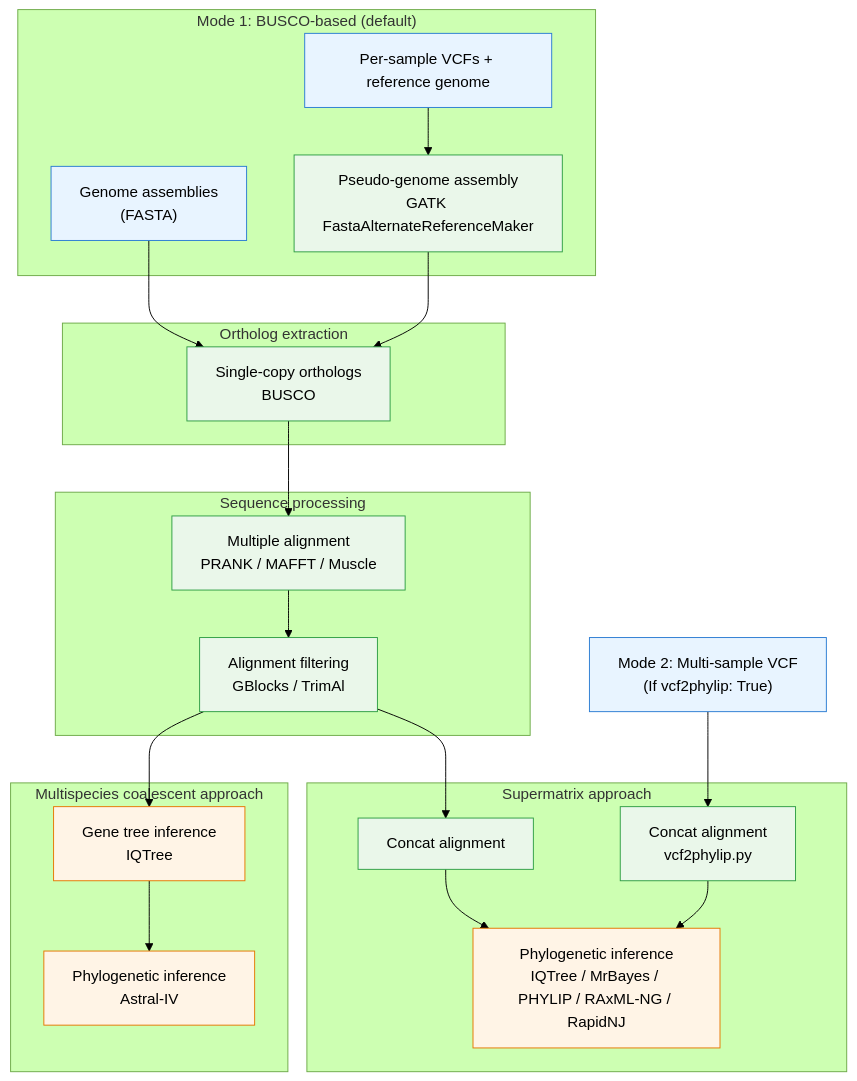
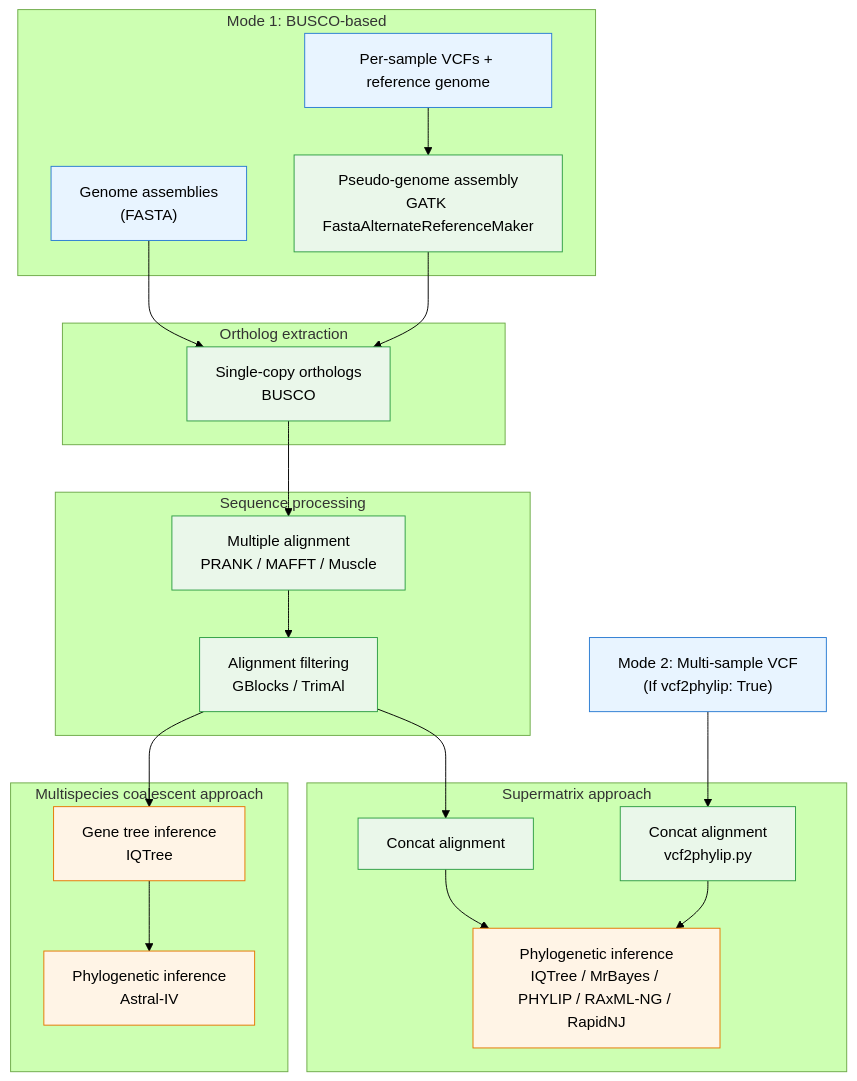
One commit to tomarovsky/BuscoClade changed the diagram in README.md. Above: the diagram before and after it, drawn with Mermaid (forest theme).

````diff
--- a/README.md
+++ b/README.md
@@ -10,61 +10,61 @@
 ```mermaid
 flowchart TD
 
 %% ----- INPUT -----
-subgraph INPUT["Mode 1: BUSCO-based (default)"]
+subgraph INPUT["Mode 1: BUSCO-based"]
 A_fa["Genome assemblies<br/>(FASTA)"]
 A_vcf["Per-sample VCFs + reference genome"]
 A_gatk["Pseudo-genome assembly<br/>GATK FastaAlternateReferenceMaker"]
 end
 
 %% ----- BUSCO -----
 subgraph BUSCO["Ortholog extraction"]
 B_busco["Single-copy orthologs<br/>BUSCO"]
 end
 
 %% ----- PREPROCESSING -----
 subgraph PREP["Sequence processing"]
 C_aln["Multiple alignment<br/>PRANK / MAFFT / Muscle"]
 C_flt["Alignment filtering<br/>GBlocks / TrimAl"]
 end
 
 %% ----- TREE APPROACH -----
 subgraph TREE["Multispecies coalescent approach"]
 D_gt["Gene tree inference<br/>IQTree"]
 D_ast["Phylogenetic inference<br/>Astral-IV"]
 end
 
 %% ----- CONCAT -----
 subgraph CONCAT["Supermatrix approach"]
 E_cat["Concat alignment"]
 E_vcf["Concat alignment<br/>vcf2phylip.py"]
 E_phy["Phylogenetic inference<br/>IQTree / MrBayes / PHYLIP / RAxML-NG / RapidNJ"]
 end
 
 %% ----- MODE 2 -----
 M2["Mode 2: Multi-sample VCF<br/>(If vcf2phylip: True)"]
 
 %% ----- EDGES: MODE 1 -----
 A_fa --> B_busco
 A_vcf --> A_gatk
 A_gatk --> B_busco
 B_busco --> C_aln
 C_aln --> C_flt
 C_flt --> D_gt
 D_gt --> D_ast
 C_flt --> E_cat
 E_cat --> E_phy
 
 %% ----- EDGES: MODE 2 -----
 M2 --> E_vcf
 E_vcf --> E_phy
 
 %% ----- STYLE -----
 classDef input fill:#e8f4ff,stroke:#2b7cd3,stroke-width:1px
 classDef process fill:#eaf7ea,stroke:#2f9e44,stroke-width:1px
 classDef phylo fill:#fff4e6,stroke:#e67700,stroke-width:1px
 
 class A_fa,A_vcf,M2 input
 class A_gatk,B_busco,C_aln,C_flt,E_cat,E_vcf process
 class D_gt,D_ast,E_phy phylo
 ```
````
